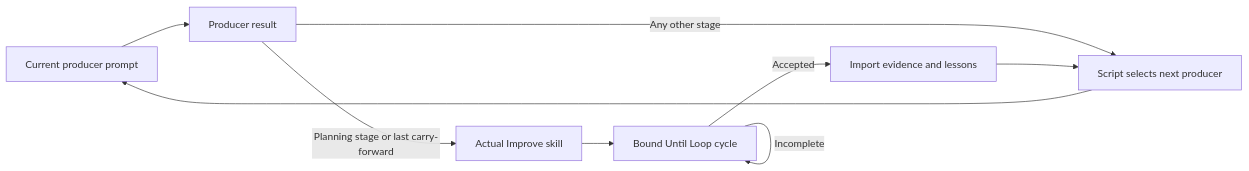
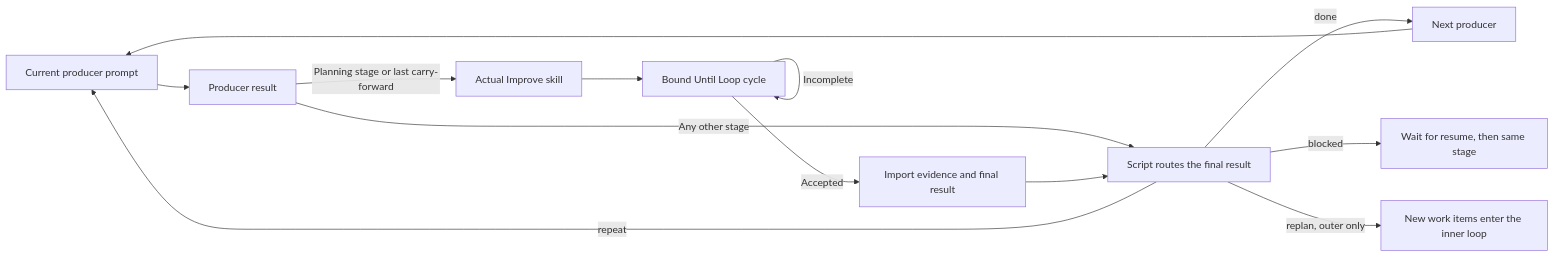
Before and after one commit to whichguy/skill-craft: the first of 4 diagrams in skills/shiploop/references/navigator.md, drawn with Mermaid. The commit also changed other lines of this file and 8 other files, not shown here.

````diff
--- a/skills/shiploop/references/navigator.md
+++ b/skills/shiploop/references/navigator.md
@@ -19,11 +19,15 @@
 ```mermaid
 flowchart LR
   P[Current producer prompt] --> R[Producer result]
   R -->|Planning stage or last carry-forward| I[Actual Improve skill]
-  R -->|Any other stage| N
+  R -->|Any other stage| F
   I --> U[Bound Until Loop cycle]
-  U -->|Accepted| C[Import evidence and lessons]
   U -->|Incomplete| U
-  C --> N[Script selects next producer]
+  U -->|Accepted| C[Import evidence and final result]
+  C --> F[Script routes the final result]
+  F -->|done| N[Next producer]
+  F -->|repeat| P
+  F -->|blocked| B[Wait for resume, then same stage]
+  F -->|replan, outer only| W[New work items enter the inner loop]
   N --> P
 ```
````
